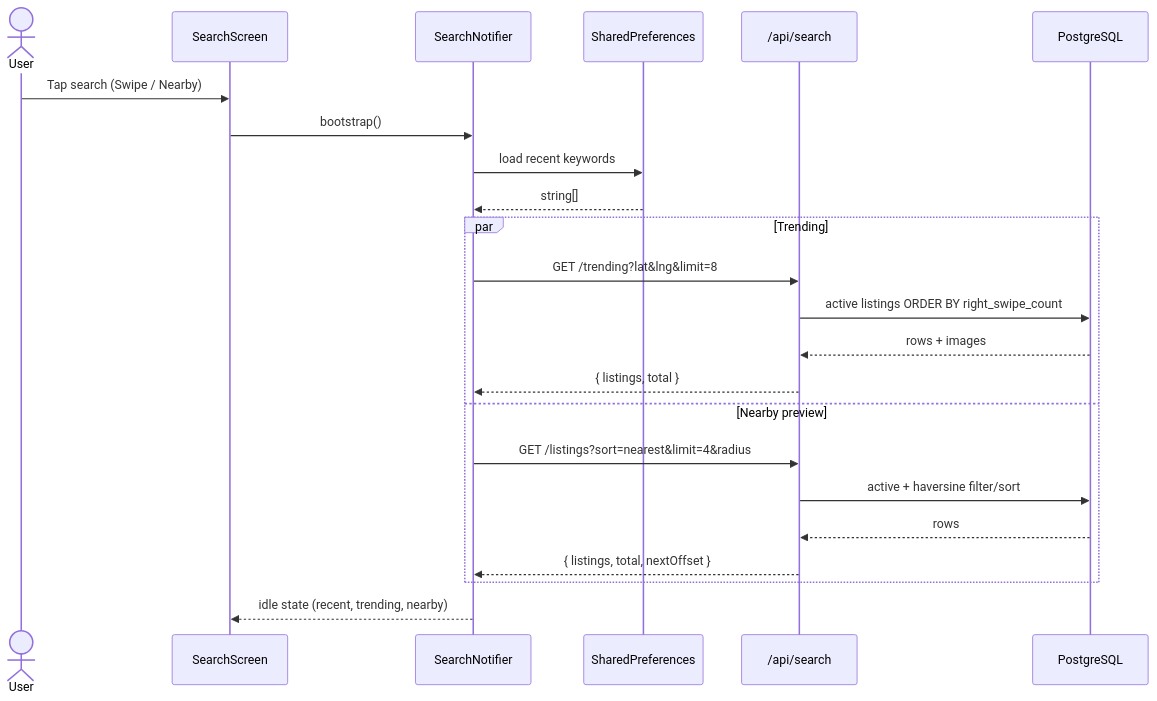
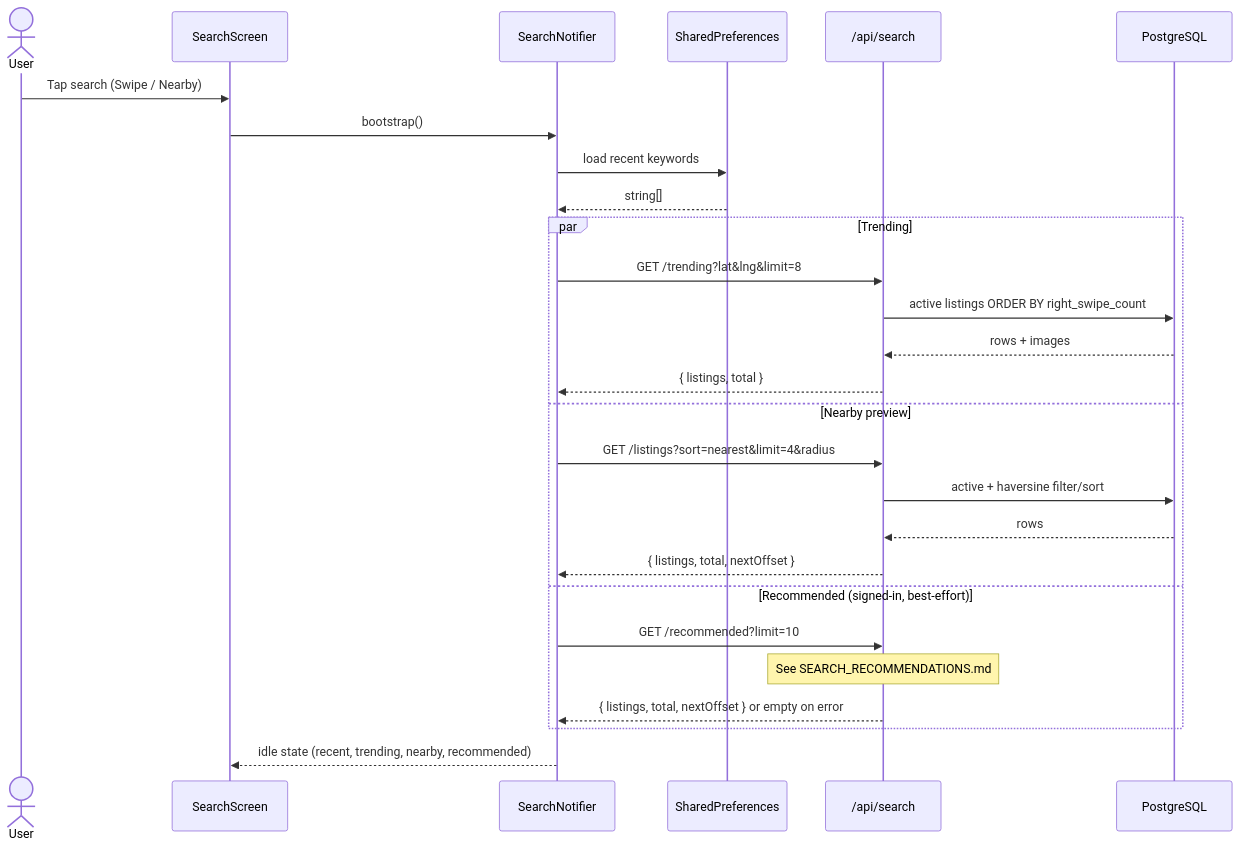
One commit to barterinfo/swaphaven-backend changed the third of 10 diagrams in docs/SEARCH_FEATURE.md. Above: the diagram before and after it, drawn with Mermaid. The commit also changed other lines of this file and 10 other files, not shown here.

Commit message:
search recommendations (#38)

````diff
--- a/docs/SEARCH_FEATURE.md
+++ b/docs/SEARCH_FEATURE.md
@@ -140,26 +141,30 @@
 ```mermaid
 sequenceDiagram
   actor User
   participant UI as SearchScreen
   participant N as SearchNotifier
   participant Prefs as SharedPreferences
   participant API as /api/search
   participant DB as PostgreSQL
 
   User->>UI: Tap search (Swipe / Nearby)
   UI->>N: bootstrap()
   N->>Prefs: load recent keywords
   Prefs-->>N: string[]
   par Trending
     N->>API: GET /trending?lat&lng&limit=8
     API->>DB: active listings ORDER BY right_swipe_count
     DB-->>API: rows + images
     API-->>N: { listings, total }
   and Nearby preview
     N->>API: GET /listings?sort=nearest&limit=4&radius
     API->>DB: active + haversine filter/sort
     DB-->>API: rows
     API-->>N: { listings, total, nextOffset }
+  and Recommended (signed-in, best-effort)
+    N->>API: GET /recommended?limit=10
+    Note over API: See SEARCH_RECOMMENDATIONS.md
+    API-->>N: { listings, total, nextOffset } or empty on error
   end
-  N-->>UI: idle state (recent, trending, nearby)
+  N-->>UI: idle state (recent, trending, nearby, recommended)
 ```
````
